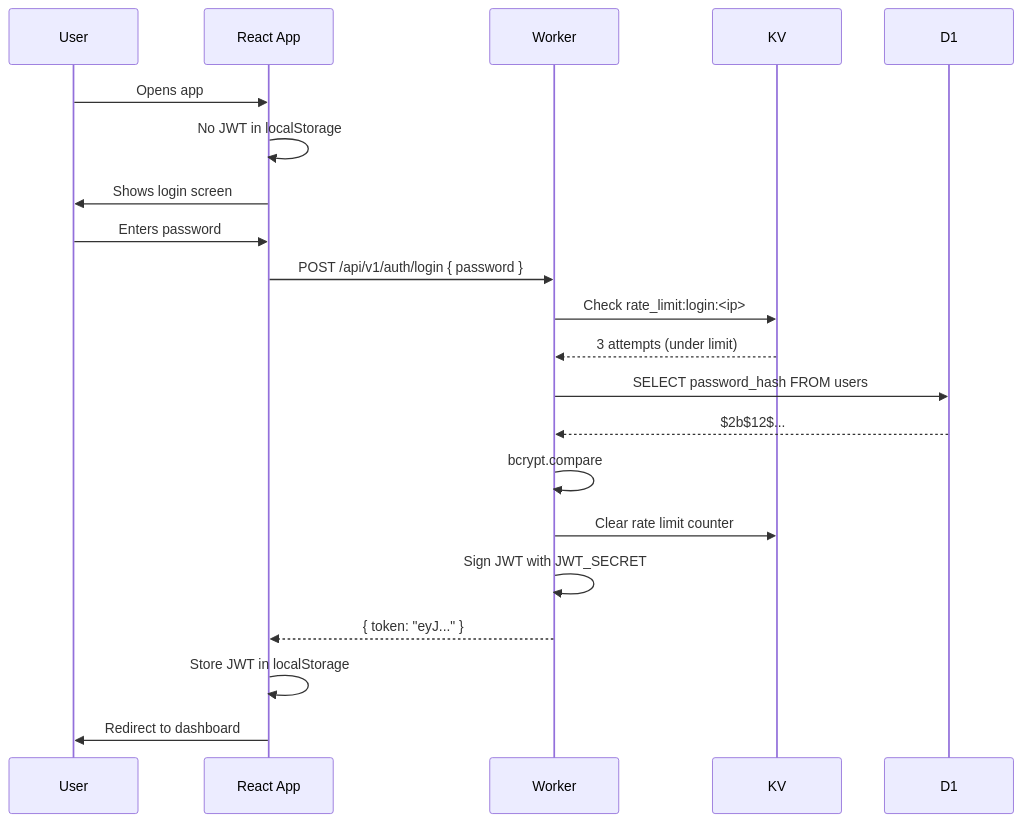
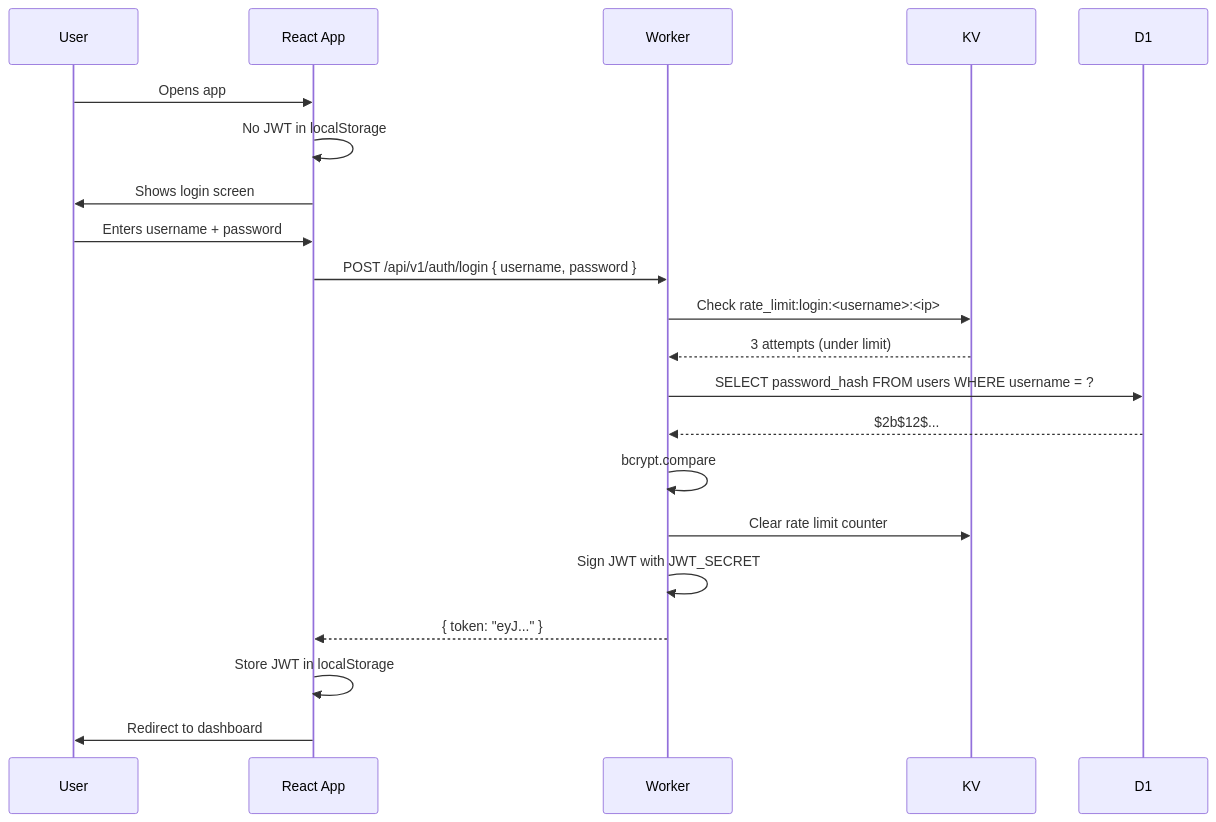
One commit to onlyeciy/period-cycle-based-gym-app changed the second of 4 diagrams in docs/architecture-diagram.md. Above: the diagram before and after it, drawn with Mermaid. The commit also changed 148 other files, not shown here.

Commit message:
docs: add username in login

````diff
--- a/docs/architecture-diagram.md
+++ b/docs/architecture-diagram.md
@@ -87,24 +87,24 @@
 ```mermaid
 sequenceDiagram
     participant U as User
     participant R as React App
     participant W as Worker
     participant K as KV
     participant D as D1
 
     U->>R: Opens app
     R->>R: No JWT in localStorage
     R->>U: Shows login screen
-    U->>R: Enters password
-    R->>W: POST /api/v1/auth/login { password }
-    W->>K: Check rate_limit:login:<ip>
+    U->>R: Enters username + password
+    R->>W: POST /api/v1/auth/login { username, password }
+    W->>K: Check rate_limit:login:<username>:<ip>
     K-->>W: 3 attempts (under limit)
-    W->>D: SELECT password_hash FROM users
+    W->>D: SELECT password_hash FROM users WHERE username = ?
     D-->>W: $2b$12$...
     W->>W: bcrypt.compare
     W->>K: Clear rate limit counter
     W->>W: Sign JWT with JWT_SECRET
     W-->>R: { token: "eyJ..." }
     R->>R: Store JWT in localStorage
     R->>U: Redirect to dashboard
 ```
````
